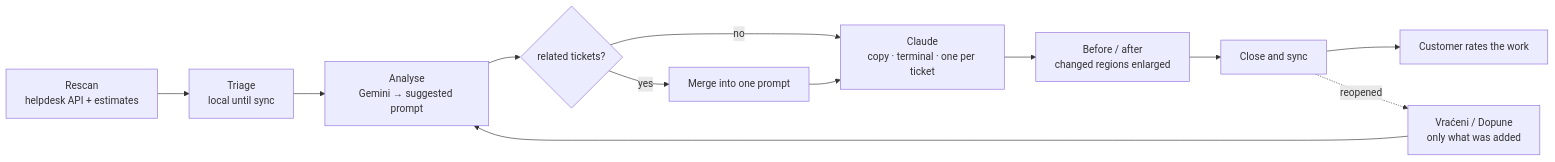
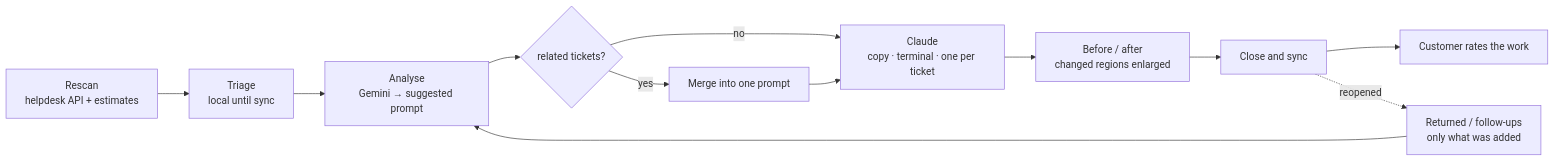
The second of 4 diagrams in README.md (BranislavCuturilo/BRAIN), drawn with Mermaid before and after one commit. The commit also changed other lines of this file and 1 other file, not shown here.

````diff
--- a/README.md
+++ b/README.md
@@ -150,14 +150,14 @@
 ```mermaid
 flowchart LR
   RS["Rescan<br/>helpdesk API + estimates"] --> TR["Triage<br/>local until sync"]
   TR --> AN["Analyse<br/>Gemini → suggested prompt"]
   AN --> MG{"related tickets?"}
   MG -- yes --> ONE["Merge into one prompt"]
   MG -- no --> CL
   ONE --> CL["Claude<br/>copy · terminal · one per ticket"]
   CL --> SH["Before / after<br/>changed regions enlarged"]
   SH --> SY["Close and sync"]
   SY --> RT["Customer rates the work"]
-  SY -. reopened .-> BK["Vraćeni / Dopune<br/>only what was added"]
+  SY -. reopened .-> BK["Returned / follow-ups<br/>only what was added"]
   BK --> AN
 ```
````
